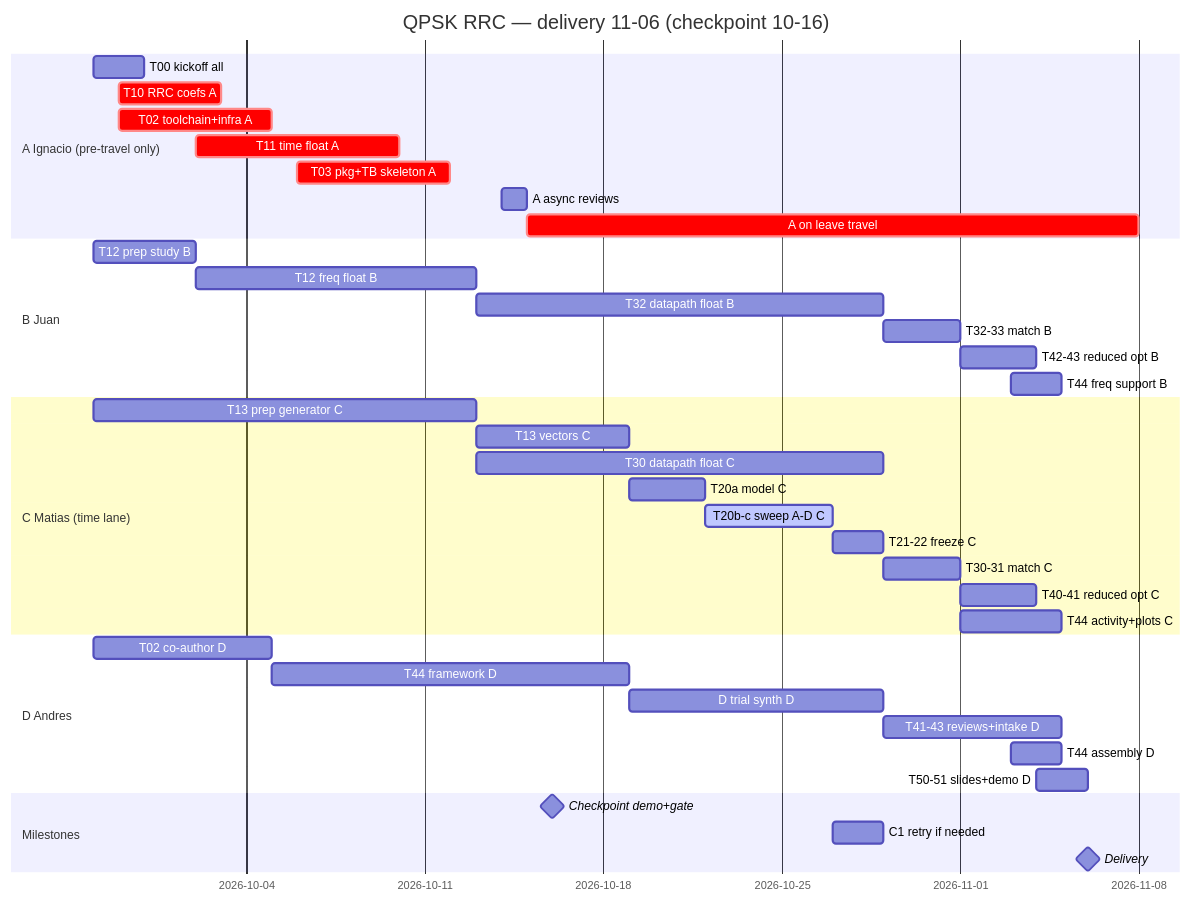
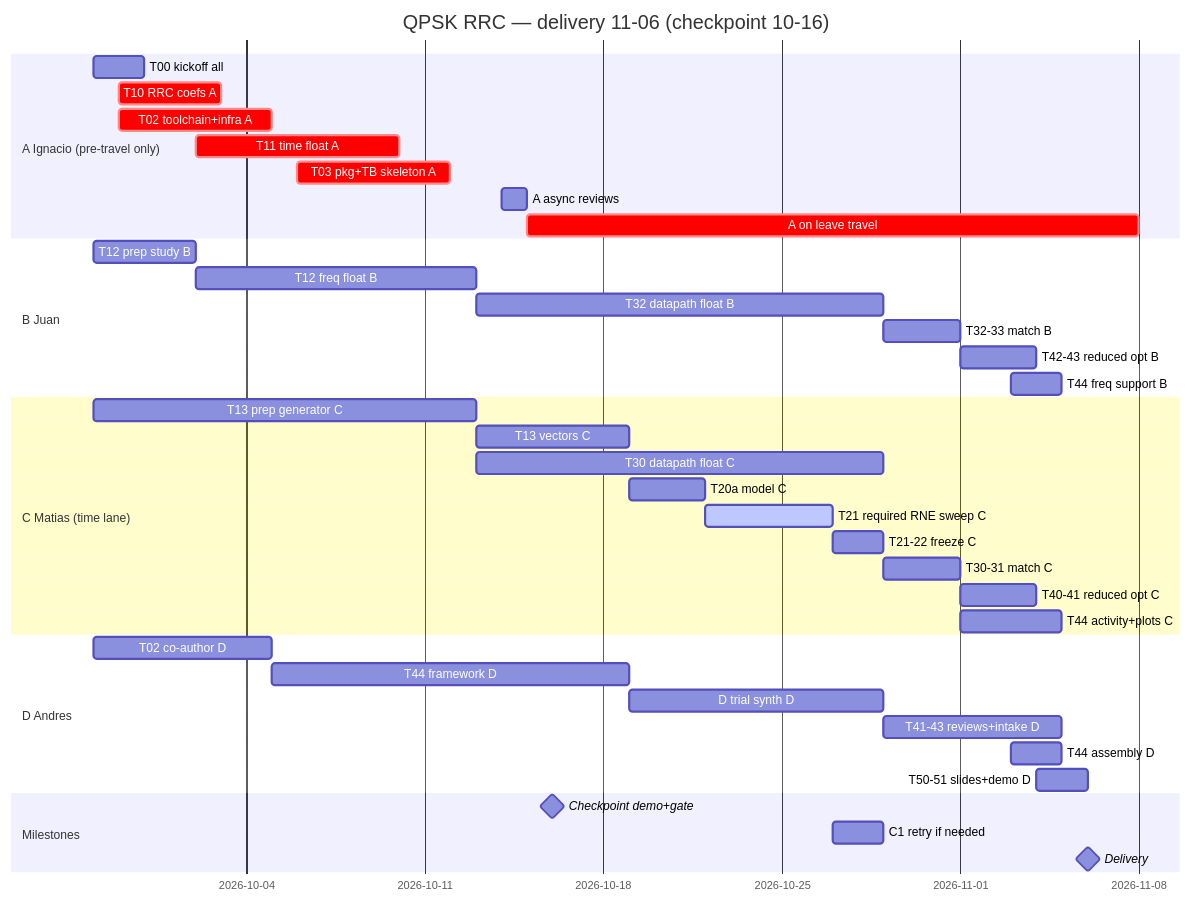
One commit to iledesma08/qpsk-rrc-filter-time-frequency changed the third of 3 diagrams in docs/plan-gantt.md. Above: the diagram before and after it, drawn with Mermaid. The commit also changed other lines of this file and 23 other files, not shown here.

````diff
--- a/docs/plan-gantt.md
+++ b/docs/plan-gantt.md
@@ -166,41 +194,41 @@
 ```mermaid
 gantt
   title QPSK RRC — delivery 11-06 (checkpoint 10-16)
   dateFormat YYYY-MM-DD
   section A Ignacio (pre-travel only)
   T00 kickoff all       :2026-09-28, 2d
   T10 RRC coefs A       :crit, 2026-09-29, 4d
   T02 toolchain+infra A :crit, 2026-09-29, 6d
   T11 time float A      :crit, 2026-10-02, 8d
   T03 pkg+TB skeleton A :crit, 2026-10-06, 6d
   A async reviews       :2026-10-14, 1d
   A on leave travel     :crit, 2026-10-15, 24d
   section B Juan
   T12 prep study B      :2026-09-28, 4d
   T12 freq float B      :2026-10-02, 11d
   T32 datapath float B  :2026-10-13, 16d
   T32-33 match B        :2026-10-29, 3d
   T42-43 reduced opt B  :2026-11-01, 3d
   T44 freq support B    :2026-11-03, 2d
   section C Matias (time lane)
   T13 prep generator C  :2026-09-28, 15d
   T13 vectors C         :2026-10-13, 6d
   T30 datapath float C  :2026-10-13, 16d
   T20a model C          :2026-10-19, 3d
-  T20b-c sweep A-D C    :active, 2026-10-22, 5d
+  T21 required RNE sweep C :active, 2026-10-22, 5d
   T21-22 freeze C       :2026-10-27, 2d
   T30-31 match C        :2026-10-29, 3d
   T40-41 reduced opt C  :2026-11-01, 3d
   T44 activity+plots C  :2026-11-01, 4d
   section D Andres
   T02 co-author D       :2026-09-28, 7d
   T44 framework D       :2026-10-05, 14d
   D trial synth D       :2026-10-19, 10d
   T41-43 reviews+intake D :2026-10-29, 7d
   T44 assembly D        :2026-11-03, 2d
   T50-51 slides+demo D  :2026-11-04, 2d
   section Milestones
   Checkpoint demo+gate   :milestone, 2026-10-16, 0d
   C1 retry if needed    :2026-10-27, 2d
   Delivery              :milestone, 2026-11-06, 0d
 ```
````
